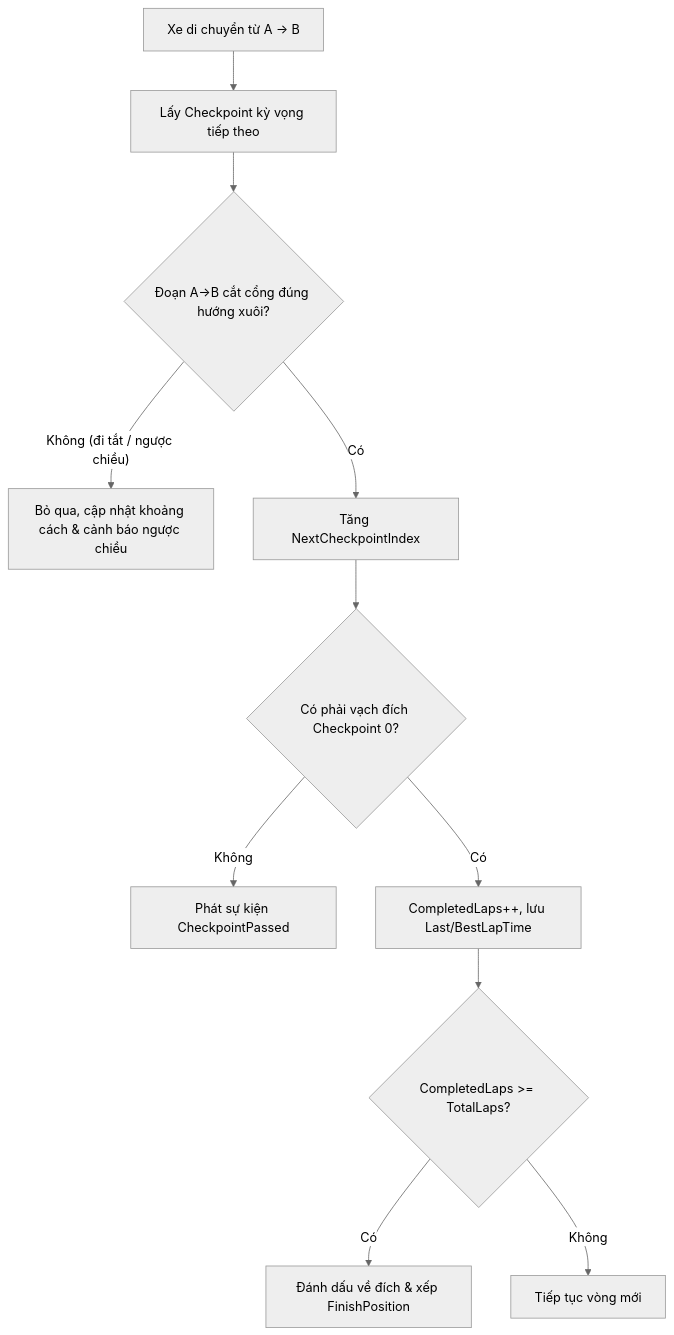
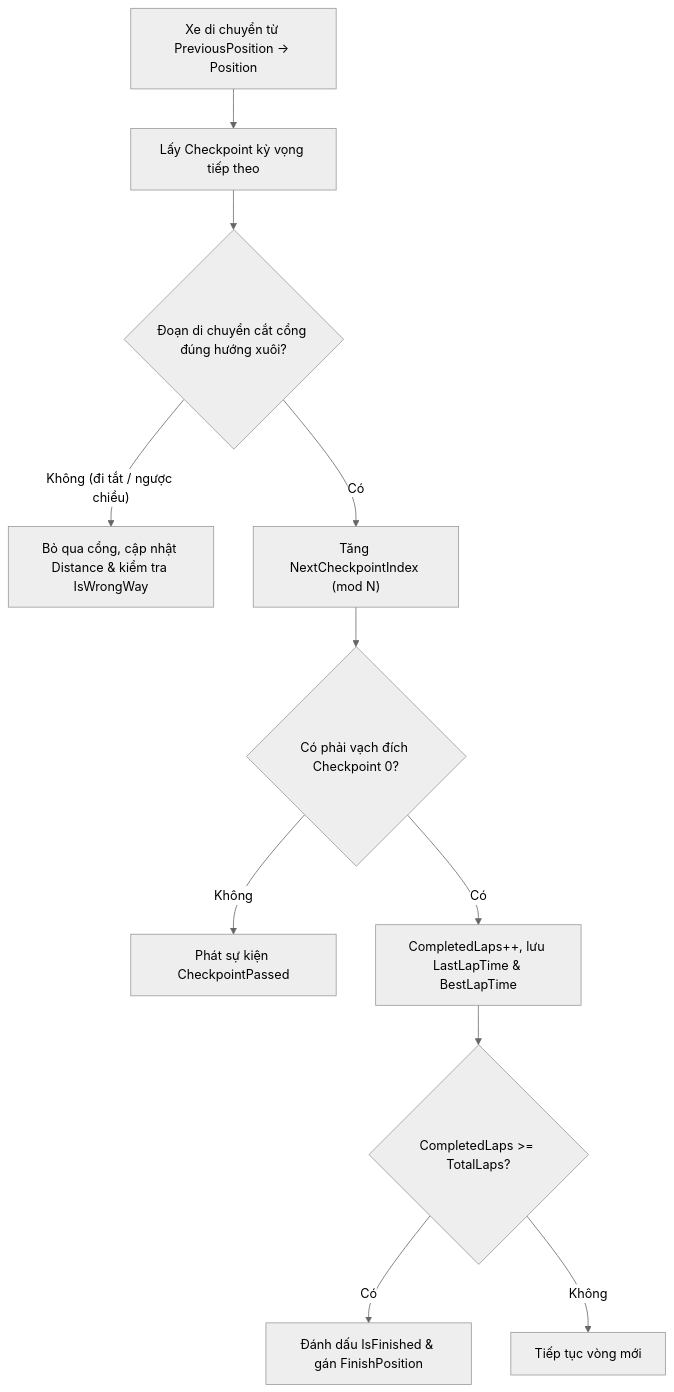
Before and after one commit to tuongduongd/racing_2d: the eighth of 8 diagrams in Docs/BAO_CAO_KIEN_TRUC_OOP.md, drawn with Mermaid (neutral theme). The commit also changed other lines of this file and 7 other files, not shown here.

Commit message:
docs: update architecture report, bug log, tests, and checklist

````diff
--- a/Docs/BAO_CAO_KIEN_TRUC_OOP.md
+++ b/Docs/BAO_CAO_KIEN_TRUC_OOP.md
@@ -218,13 +545,13 @@
 ```mermaid
 flowchart TD
-    A[Xe di chuyển từ A -> B] --> B[Lấy Checkpoint kỳ vọng tiếp theo]
-    B --> C{Đoạn A->B cắt cổng đúng hướng xuôi?}
-    C -- Không (đi tắt / ngược chiều) --> D[Bỏ qua, cập nhật khoảng cách & cảnh báo ngược chiều]
-    C -- Có --> E[Tăng NextCheckpointIndex]
-    E --> F{Có phải vạch đích Checkpoint 0?}
-    F -- Không --> G[Phát sự kiện CheckpointPassed]
-    F -- Có --> H[CompletedLaps++, lưu Last/BestLapTime]
-    H --> I{CompletedLaps >= TotalLaps?}
-    I -- Có --> J[Đánh dấu về đích & xếp FinishPosition]
-    I -- Không --> K[Tiếp tục vòng mới]
+    A["Xe di chuyển từ PreviousPosition -> Position"] --> B["Lấy Checkpoint kỳ vọng tiếp theo"]
+    B --> C{"Đoạn di chuyển cắt cổng đúng hướng xuôi?"}
+    C -->|"Không (đi tắt / ngược chiều)"| D["Bỏ qua cổng, cập nhật Distance & kiểm tra IsWrongWay"]
+    C -->|"Có"| E["Tăng NextCheckpointIndex (mod N)"]
+    E --> F{"Có phải vạch đích Checkpoint 0?"}
+    F -->|"Không"| G["Phát sự kiện CheckpointPassed"]
+    F -->|"Có"| H["CompletedLaps++, lưu LastLapTime & BestLapTime"]
+    H --> I{"CompletedLaps >= TotalLaps?"}
+    I -->|"Có"| J["Đánh dấu IsFinished & gán FinishPosition"]
+    I -->|"Không"| K["Tiếp tục vòng mới"]
 ```
````
